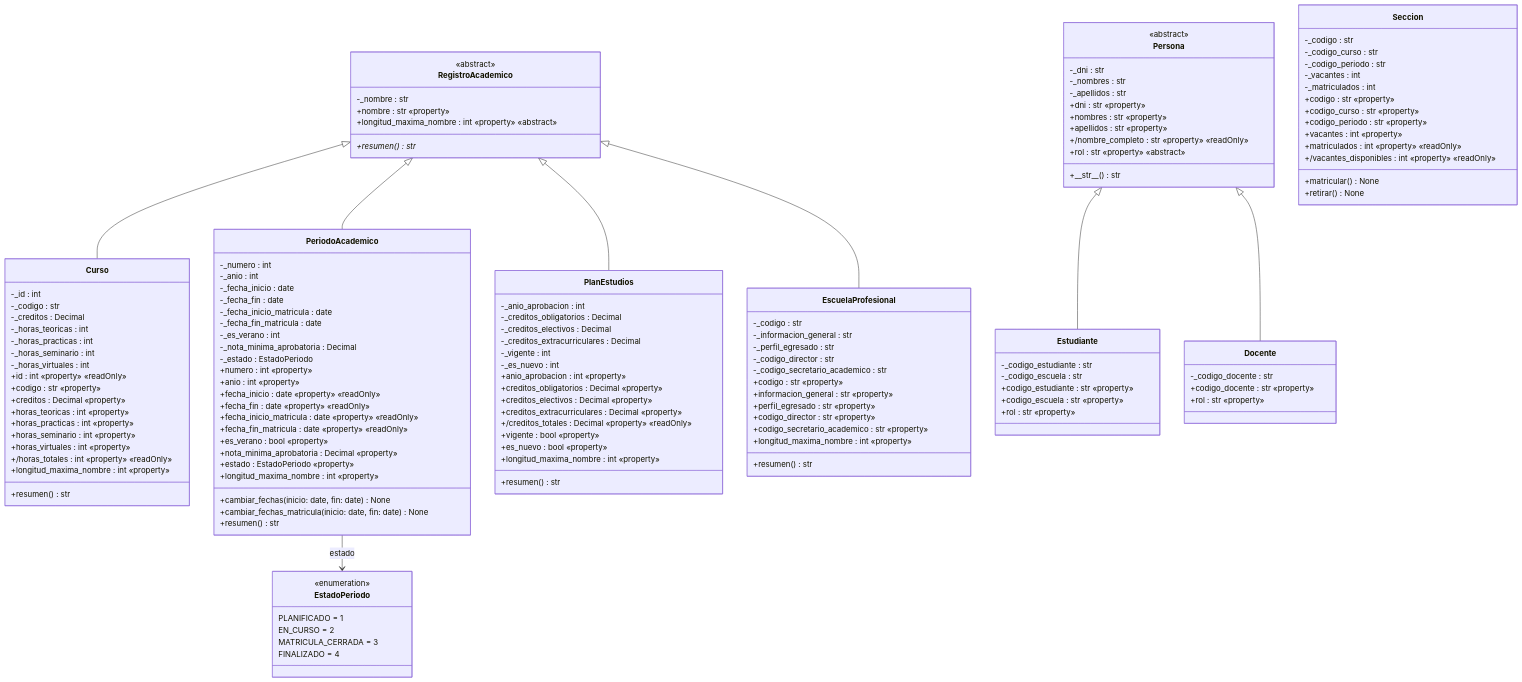
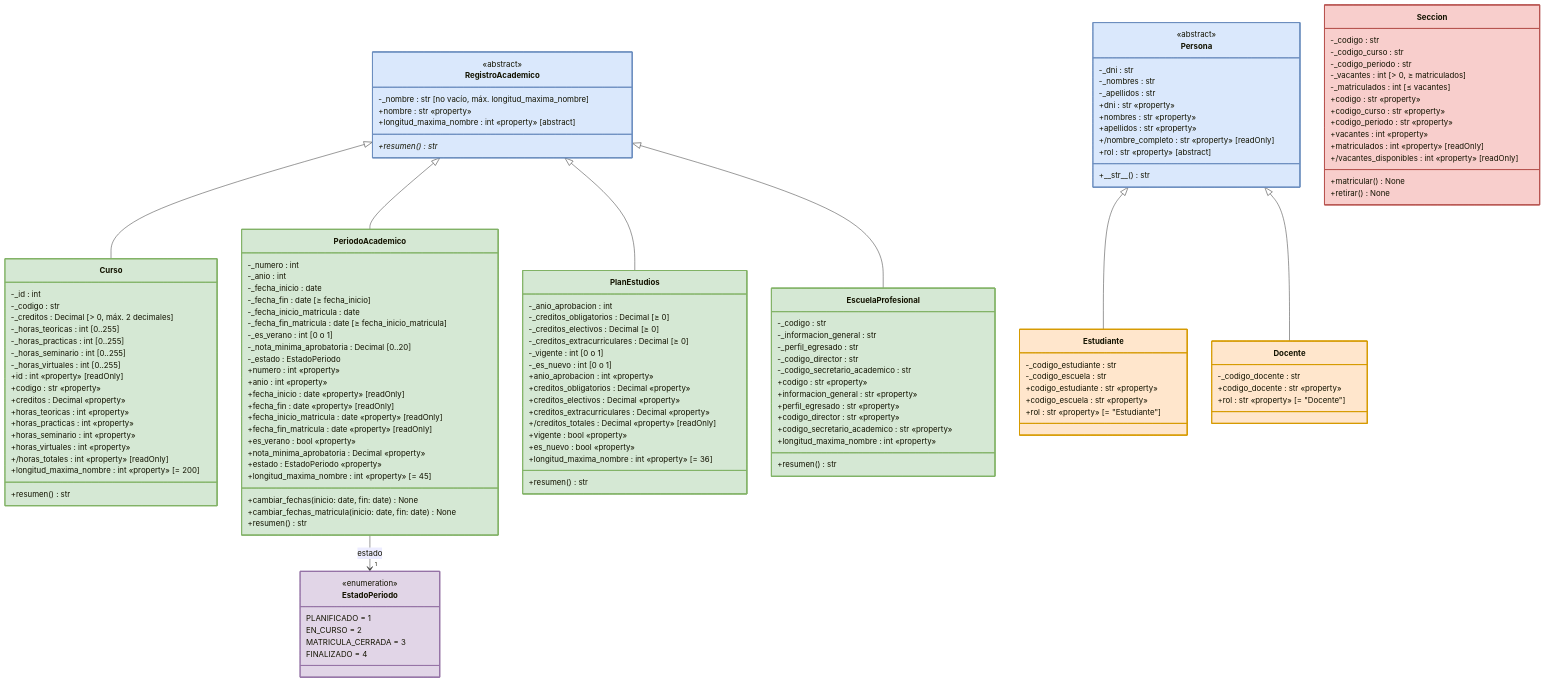
One commit to Roki-7/caso-oti changed the diagram in docs/uml/diagrama_clases.mmd. Above: the diagram before and after it, drawn with Mermaid. The commit also changed 22 other files, not shown here.

First line of the commit message:
Análisis frase por frase, reglas solo del caso y diagrama UML a colores

```diff
--- a/docs/uml/diagrama_clases.mmd
+++ b/docs/uml/diagrama_clases.mmd
@@ -1,147 +1,158 @@
 classDiagram
     direction TB
 
     class RegistroAcademico {
         <<abstract>>
-        -_nombre : str
+        -_nombre : str [no vacío, máx. longitud_maxima_nombre]
         +nombre : str «property»
-        +longitud_maxima_nombre : int «property» «abstract»
+        +longitud_maxima_nombre : int «property» [abstract]
         +resumen()* str
     }
 
     class Curso {
         -_id : int
         -_codigo : str
-        -_creditos : Decimal
-        -_horas_teoricas : int
-        -_horas_practicas : int
-        -_horas_seminario : int
-        -_horas_virtuales : int
-        +id : int «property» «readOnly»
+        -_creditos : Decimal [> 0, máx. 2 decimales]
+        -_horas_teoricas : int [0..255]
+        -_horas_practicas : int [0..255]
+        -_horas_seminario : int [0..255]
+        -_horas_virtuales : int [0..255]
+        +id : int «property» [readOnly]
         +codigo : str «property»
         +creditos : Decimal «property»
         +horas_teoricas : int «property»
         +horas_practicas : int «property»
         +horas_seminario : int «property»
         +horas_virtuales : int «property»
-        +/horas_totales : int «property» «readOnly»
-        +longitud_maxima_nombre : int «property»
+        +/horas_totales : int «property» [readOnly]
+        +longitud_maxima_nombre : int «property» [= 200]
         +resumen() str
     }
 
     class PeriodoAcademico {
         -_numero : int
         -_anio : int
         -_fecha_inicio : date
-        -_fecha_fin : date
+        -_fecha_fin : date [≥ fecha_inicio]
         -_fecha_inicio_matricula : date
-        -_fecha_fin_matricula : date
-        -_es_verano : int
-        -_nota_minima_aprobatoria : Decimal
+        -_fecha_fin_matricula : date [≥ fecha_inicio_matricula]
+        -_es_verano : int [0 o 1]
+        -_nota_minima_aprobatoria : Decimal [0..20]
         -_estado : EstadoPeriodo
         +numero : int «property»
         +anio : int «property»
-        +fecha_inicio : date «property» «readOnly»
-        +fecha_fin : date «property» «readOnly»
-        +fecha_inicio_matricula : date «property» «readOnly»
-        +fecha_fin_matricula : date «property» «readOnly»
+        +fecha_inicio : date «property» [readOnly]
+        +fecha_fin : date «property» [readOnly]
+        +fecha_inicio_matricula : date «property» [readOnly]
+        +fecha_fin_matricula : date «property» [readOnly]
         +es_verano : bool «property»
         +nota_minima_aprobatoria : Decimal «property»
         +estado : EstadoPeriodo «property»
-        +longitud_maxima_nombre : int «property»
+        +longitud_maxima_nombre : int «property» [= 45]
         +cambiar_fechas(inicio: date, fin: date) None
         +cambiar_fechas_matricula(inicio: date, fin: date) None
         +resumen() str
     }
 
     class PlanEstudios {
         -_anio_aprobacion : int
-        -_creditos_obligatorios : Decimal
-        -_creditos_electivos : Decimal
-        -_creditos_extracurriculares : Decimal
-        -_vigente : int
-        -_es_nuevo : int
+        -_creditos_obligatorios : Decimal [≥ 0]
+        -_creditos_electivos : Decimal [≥ 0]
+        -_creditos_extracurriculares : Decimal [≥ 0]
+        -_vigente : int [0 o 1]
+        -_es_nuevo : int [0 o 1]
         +anio_aprobacion : int «property»
         +creditos_obligatorios : Decimal «property»
         +creditos_electivos : Decimal «property»
         +creditos_extracurriculares : Decimal «property»
-        +/creditos_totales : Decimal «property» «readOnly»
+        +/creditos_totales : Decimal «property» [readOnly]
         +vigente : bool «property»
         +es_nuevo : bool «property»
-        +longitud_maxima_nombre : int «property»
+        +longitud_maxima_nombre : int «property» [= 36]
         +resumen() str
     }
 
     class EscuelaProfesional {
         -_codigo : str
         -_informacion_general : str
         -_perfil_egresado : str
         -_codigo_director : str
         -_codigo_secretario_academico : str
         +codigo : str «property»
         +informacion_general : str «property»
         +perfil_egresado : str «property»
         +codigo_director : str «property»
         +codigo_secretario_academico : str «property»
         +longitud_maxima_nombre : int «property»
         +resumen() str
     }
 
     class Persona {
         <<abstract>>
         -_dni : str
         -_nombres : str
         -_apellidos : str
         +dni : str «property»
         +nombres : str «property»
         +apellidos : str «property»
-        +/nombre_completo : str «property» «readOnly»
-        +rol : str «property» «abstract»
+        +/nombre_completo : str «property» [readOnly]
+        +rol : str «property» [abstract]
         +#95;#95;str#95;#95;() str
     }
 
     class Estudiante {
         -_codigo_estudiante : str
         -_codigo_escuela : str
         +codigo_estudiante : str «property»
         +codigo_escuela : str «property»
-        +rol : str «property»
+        +rol : str «property» [= "Estudiante"]
     }
 
     class Docente {
         -_codigo_docente : str
         +codigo_docente : str «property»
-        +rol : str «property»
+        +rol : str «property» [= "Docente"]
     }
 
     class Seccion {
         -_codigo : str
         -_codigo_curso : str
         -_codigo_periodo : str
-        -_vacantes : int
-        -_matriculados : int
+        -_vacantes : int [> 0, ≥ matriculados]
+        -_matriculados : int [≤ vacantes]
         +codigo : str «property»
         +codigo_curso : str «property»
         +codigo_periodo : str «property»
         +vacantes : int «property»
-        +matriculados : int «property» «readOnly»
-        +/vacantes_disponibles : int «property» «readOnly»
+        +matriculados : int «property» [readOnly]
+        +/vacantes_disponibles : int «property» [readOnly]
         +matricular() None
         +retirar() None
     }
 
     class EstadoPeriodo {
         <<enumeration>>
         PLANIFICADO = 1
         EN_CURSO = 2
         MATRICULA_CERRADA = 3
         FINALIZADO = 4
     }
 
     RegistroAcademico <|-- Curso
     RegistroAcademico <|-- PeriodoAcademico
     RegistroAcademico <|-- PlanEstudios
     RegistroAcademico <|-- EscuelaProfesional
     Persona <|-- Estudiante
     Persona <|-- Docente
-    PeriodoAcademico --> EstadoPeriodo : estado
+    PeriodoAcademico --> "1" EstadoPeriodo : estado
+
+    style RegistroAcademico fill:#DAE8FC,stroke:#6C8EBF,stroke-width:2px
+    style Curso fill:#D5E8D4,stroke:#82B366,stroke-width:2px
+    style PeriodoAcademico fill:#D5E8D4,stroke:#82B366,stroke-width:2px
+    style PlanEstudios fill:#D5E8D4,stroke:#82B366,stroke-width:2px
+    style EscuelaProfesional fill:#D5E8D4,stroke:#82B366,stroke-width:2px
+    style Persona fill:#DAE8FC,stroke:#6C8EBF,stroke-width:2px
+    style Estudiante fill:#FFE6CC,stroke:#D79B00,stroke-width:2px
+    style Docente fill:#FFE6CC,stroke:#D79B00,stroke-width:2px
+    style Seccion fill:#F8CECC,stroke:#B85450,stroke-width:2px
+    style EstadoPeriodo fill:#E1D5E7,stroke:#9673A6,stroke-width:2px
```
